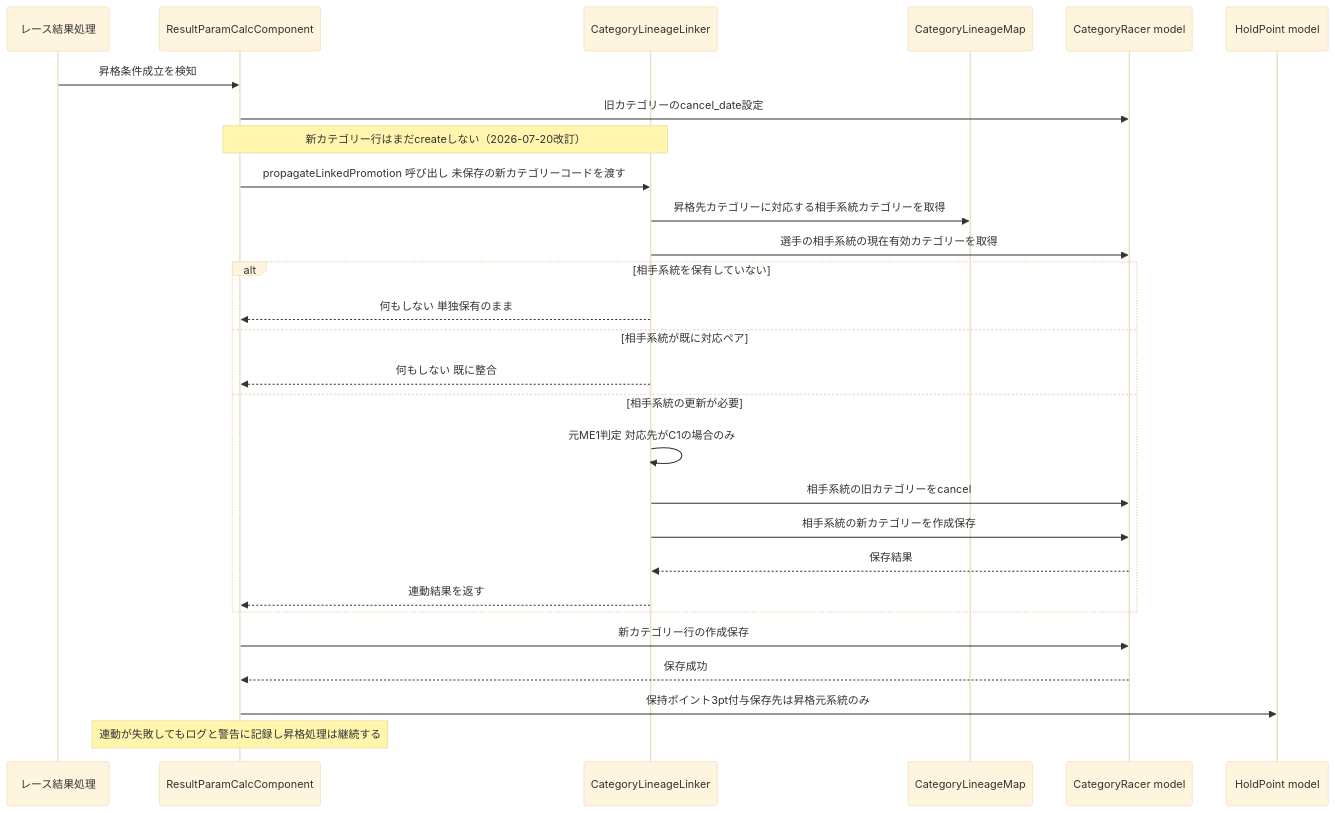
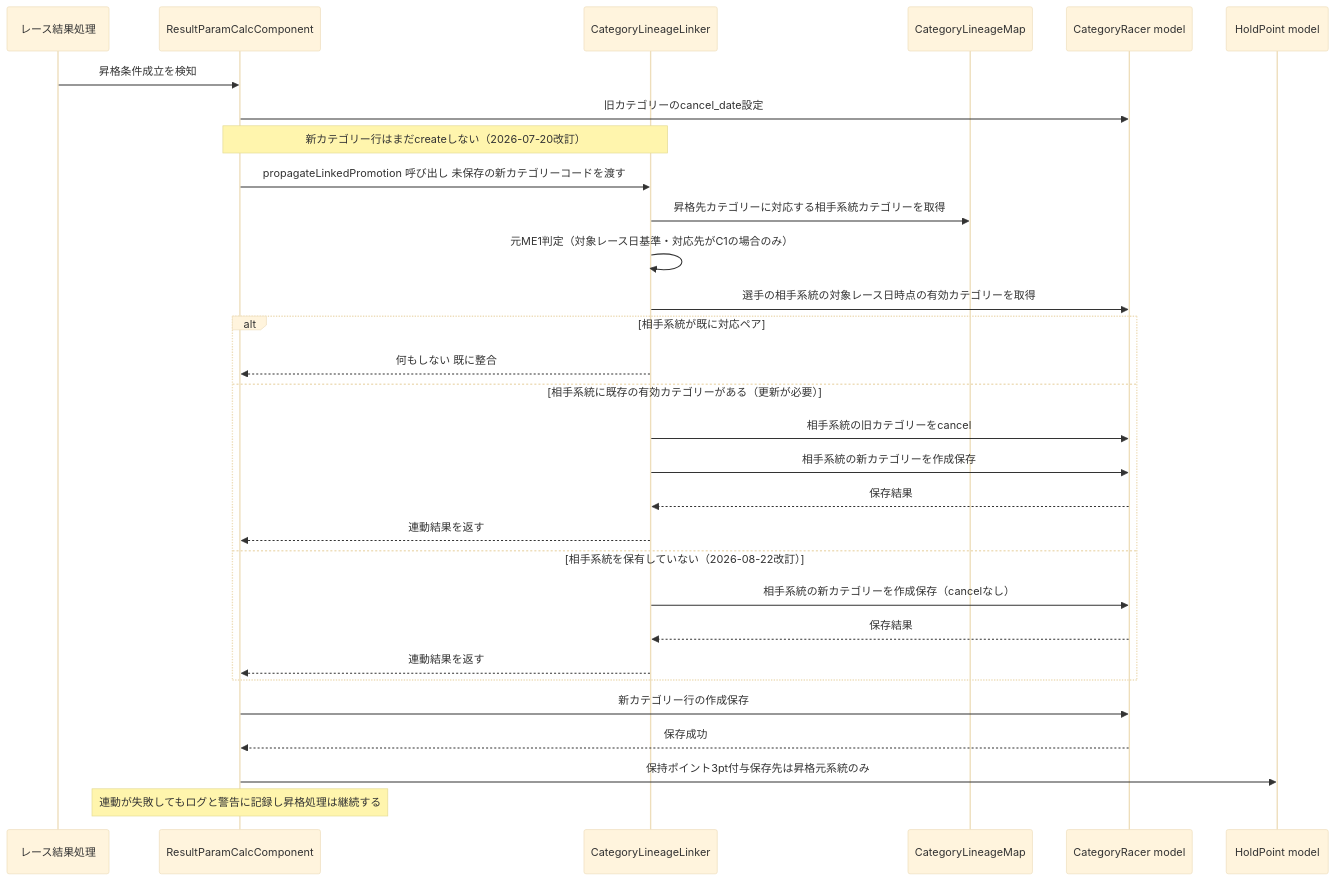
Before and after one commit to cyclox-dev/cyclox2_docker: the second of 3 diagrams in .kiro/specs/me-mm-linkage-2026-27/design.md, drawn with Mermaid (base theme). The commit also changed other lines of this file and 2 other files, not shown here.

````diff
--- a/.kiro/specs/me-mm-linkage-2026-27/design.md
+++ b/.kiro/specs/me-mm-linkage-2026-27/design.md
@@ -232,31 +238,33 @@
 ```mermaid
 sequenceDiagram
     participant Race as レース結果処理
     participant RPC as ResultParamCalcComponent
     participant Linker as CategoryLineageLinker
     participant Map as CategoryLineageMap
     participant CR as CategoryRacer model
     participant HP as HoldPoint model
 
     Race->>RPC: 昇格条件成立を検知
     RPC->>CR: 旧カテゴリーのcancel_date設定
     Note over RPC,Linker: 新カテゴリー行はまだcreateしない（2026-07-20改訂）
     RPC->>Linker: propagateLinkedPromotion 呼び出し 未保存の新カテゴリーコードを渡す
     Linker->>Map: 昇格先カテゴリーに対応する相手系統カテゴリーを取得
-    Linker->>CR: 選手の相手系統の現在有効カテゴリーを取得
-    alt 相手系統を保有していない
-        Linker-->>RPC: 何もしない 単独保有のまま
-    else 相手系統が既に対応ペア
+    Linker->>Linker: 元ME1判定（対象レース日基準・対応先がC1の場合のみ）
+    Linker->>CR: 選手の相手系統の対象レース日時点の有効カテゴリーを取得
+    alt 相手系統が既に対応ペア
         Linker-->>RPC: 何もしない 既に整合
-    else 相手系統の更新が必要
-        Linker->>Linker: 元ME1判定 対応先がC1の場合のみ
+    else 相手系統に既存の有効カテゴリーがある（更新が必要）
         Linker->>CR: 相手系統の旧カテゴリーをcancel
         Linker->>CR: 相手系統の新カテゴリーを作成保存
+        CR-->>Linker: 保存結果
+        Linker-->>RPC: 連動結果を返す
+    else 相手系統を保有していない（2026-08-22改訂）
+        Linker->>CR: 相手系統の新カテゴリーを作成保存（cancelなし）
         CR-->>Linker: 保存結果
         Linker-->>RPC: 連動結果を返す
     end
     RPC->>CR: 新カテゴリー行の作成保存
     CR-->>RPC: 保存成功
     RPC->>HP: 保持ポイント3pt付与保存先は昇格元系統のみ
     Note over RPC: 連動が失敗してもログと警告に記録し昇格処理は継続する
 ```
````
